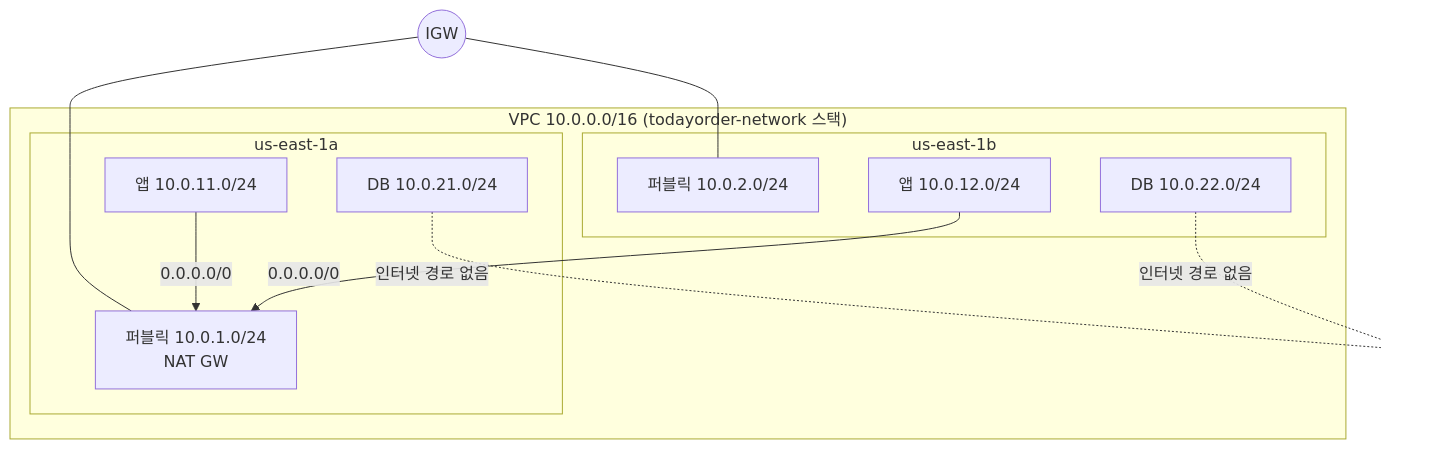
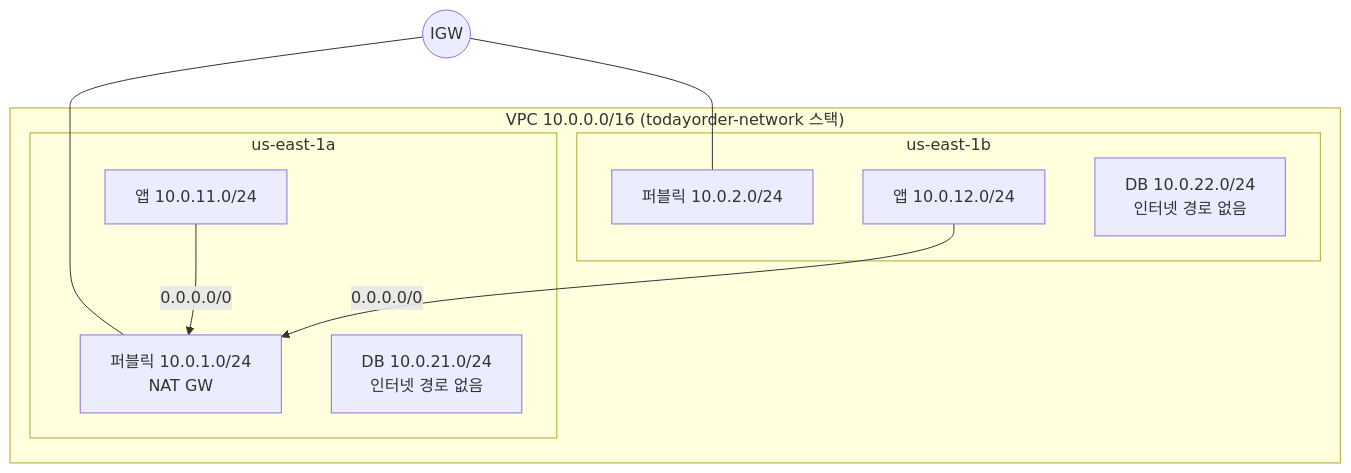
Before and after one commit to Ring-wdr/aws-newbie-guide: the second of 2 diagrams in curriculum/m10-monitoring-iac/03-cloudformation.md, drawn with Mermaid.

Commit message:
fix(m10): VPC 그림의 '인터넷 경로 없음'을 DB 서브넷 노드 설명으로 옮겨 다른 화살표 라벨처럼 보이지 않게 함
빈 노드 X로 가는 점선 간선과 그 라벨을 없애고, 같은 뜻을 DB 서브넷 두 노드의
설명 줄로 옮겼다. 다른 노드·간선·라벨은 그대로다.

````diff
--- a/curriculum/m10-monitoring-iac/03-cloudformation.md
+++ b/curriculum/m10-monitoring-iac/03-cloudformation.md
@@ -46,20 +46,18 @@
 ```mermaid
 flowchart TB
   IGW((IGW))
   subgraph VPC["VPC 10.0.0.0/16 (todayorder-network 스택)"]
     subgraph AZa[us-east-1a]
       PA[퍼블릭 10.0.1.0/24<br/>NAT GW]
       AA[앱 10.0.11.0/24]
-      DA[DB 10.0.21.0/24]
+      DA[DB 10.0.21.0/24<br/>인터넷 경로 없음]
     end
     subgraph AZb[us-east-1b]
       PB[퍼블릭 10.0.2.0/24]
       AB[앱 10.0.12.0/24]
-      DB[DB 10.0.22.0/24]
+      DB[DB 10.0.22.0/24<br/>인터넷 경로 없음]
     end
   end
   IGW --- PA & PB
   AA & AB -- 0.0.0.0/0 --> PA
-  DA & DB -. 인터넷 경로 없음 .- X[ ]
-  style X fill:none,stroke:none
 ```
````
